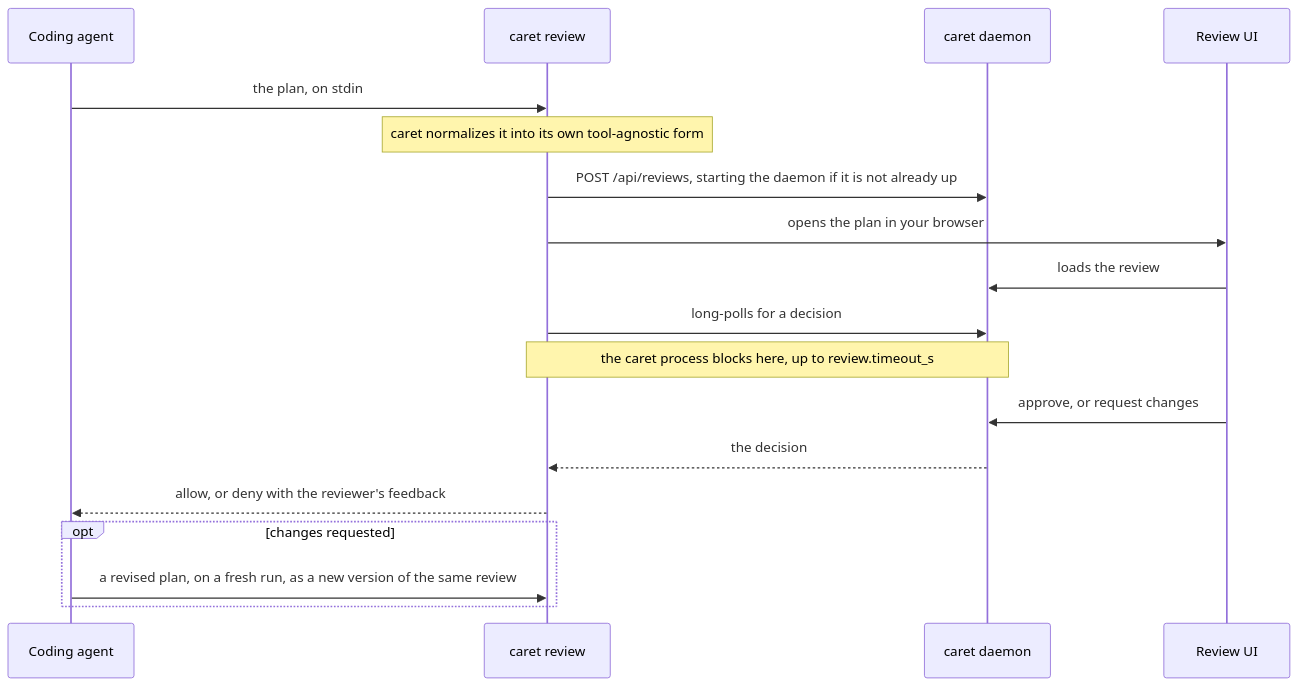
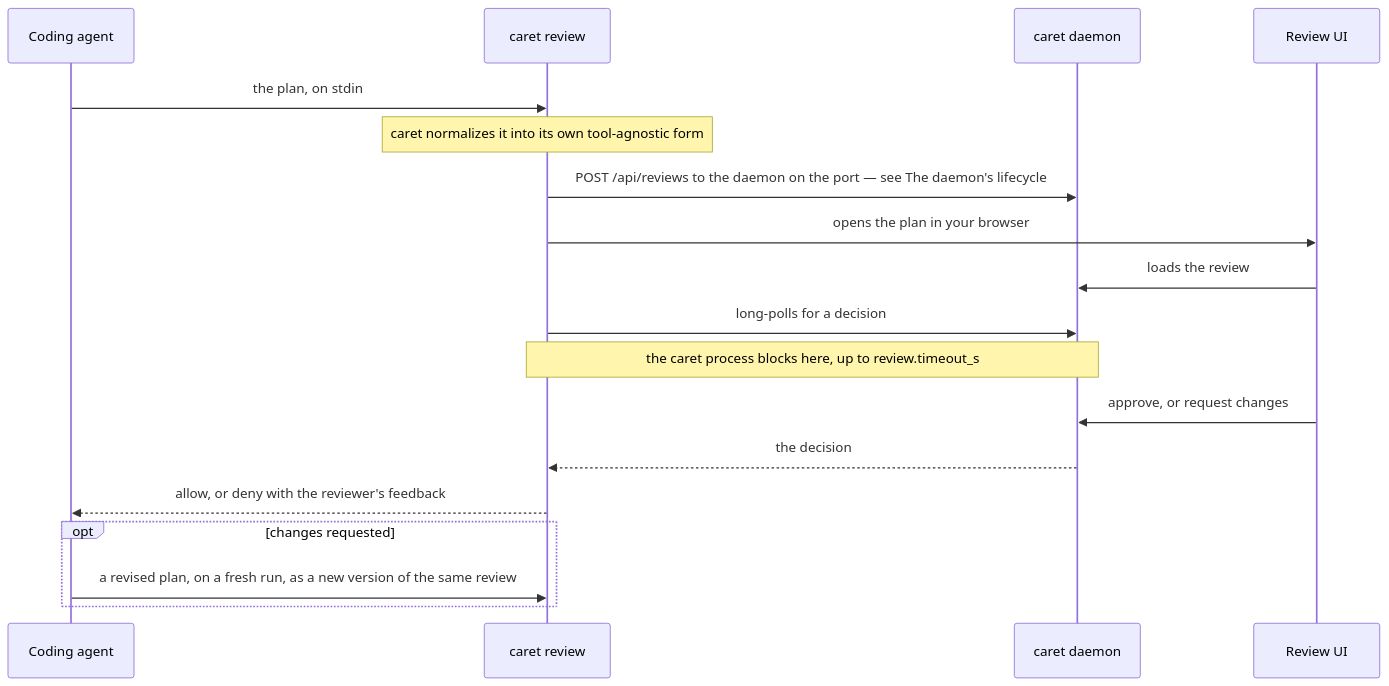
Before and after one commit to macintacos/caret: the diagram in doc/ARCHITECTURE.md, drawn with Mermaid. The commit also changed other lines of this file and 22 other files, not shown here.

````diff
--- a/doc/ARCHITECTURE.md
+++ b/doc/ARCHITECTURE.md
@@ -15,21 +15,21 @@
 ```mermaid
 sequenceDiagram
     participant A as Coding agent
     participant H as caret review
     participant D as caret daemon
     participant U as Review UI
 
     A->>H: the plan, on stdin
     Note over H: caret normalizes it into its own tool-agnostic form
-    H->>D: POST /api/reviews, starting the daemon if it is not already up
+    H->>D: POST /api/reviews to the daemon on the port — see The daemon's lifecycle
     H->>U: opens the plan in your browser
     U->>D: loads the review
     H->>D: long-polls for a decision
     Note over H,D: the caret process blocks here, up to review.timeout_s
     U->>D: approve, or request changes
     D-->>H: the decision
     H-->>A: allow, or deny with the reviewer's feedback
     opt changes requested
         A->>H: a revised plan, on a fresh run, as a new version of the same review
     end
 ```
````
